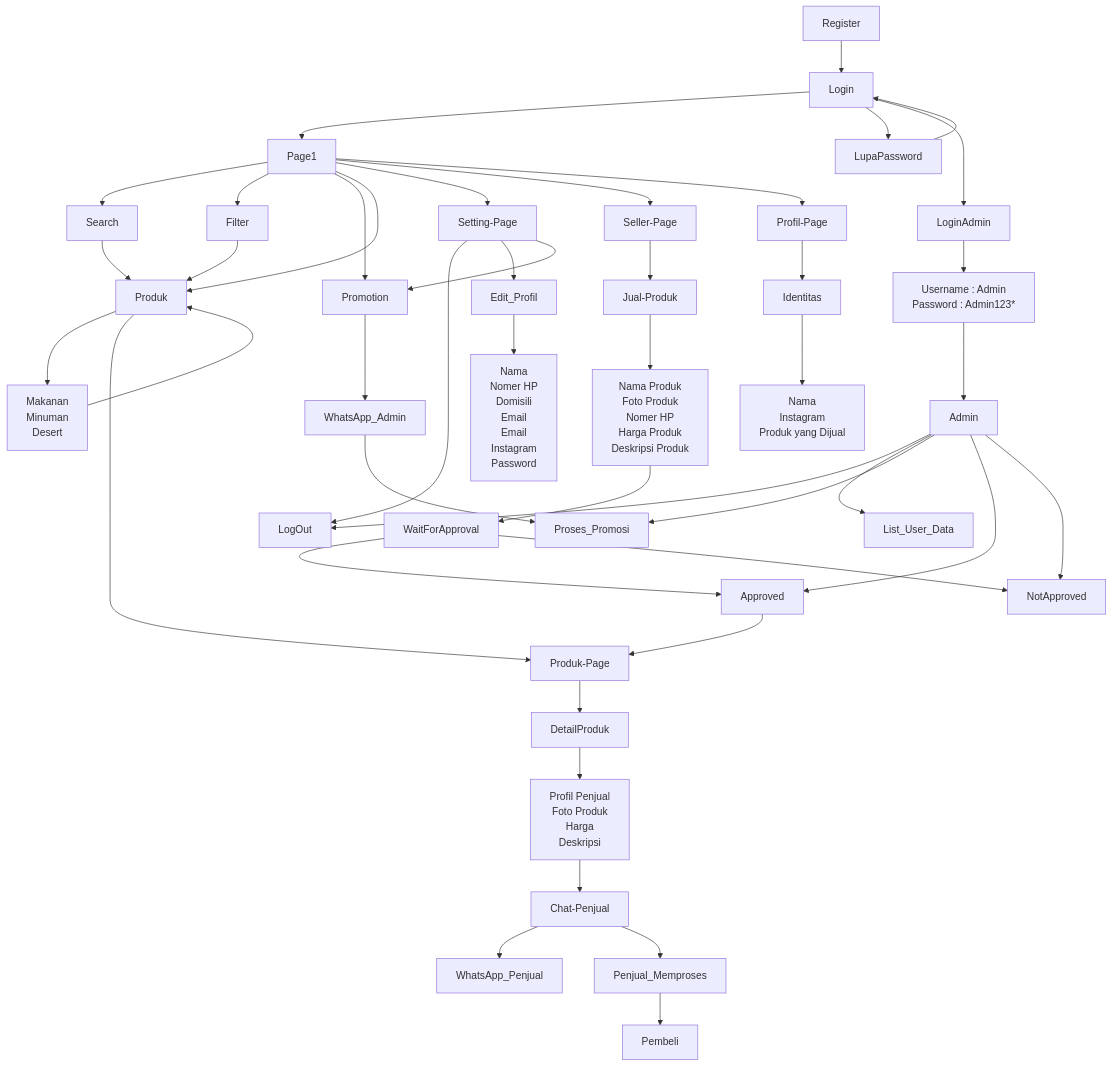
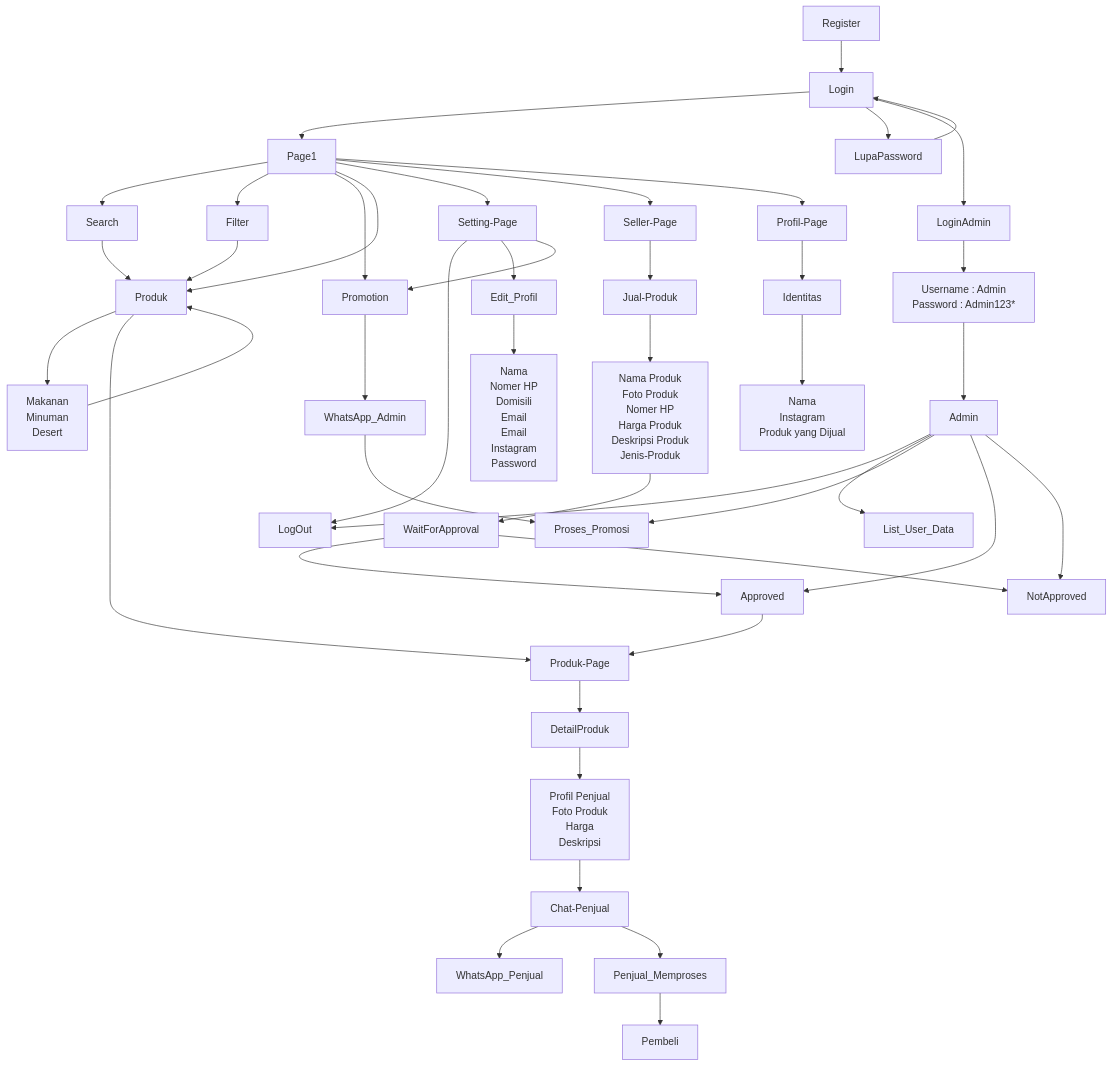
One commit to dzikriii24/CanteenGo changed the second of 3 diagrams in README.md. Above: the diagram before and after it, drawn with Mermaid. The commit also changed other lines of this file, not shown here.

```diff
--- a/README.md
+++ b/README.md
@@ -263,6 +264,7 @@
         Nomer HP
         Harga Produk
         Deskripsi Produk
+        Jenis-Produk
     ]
     LogAdm[
         Username : Admin
```
